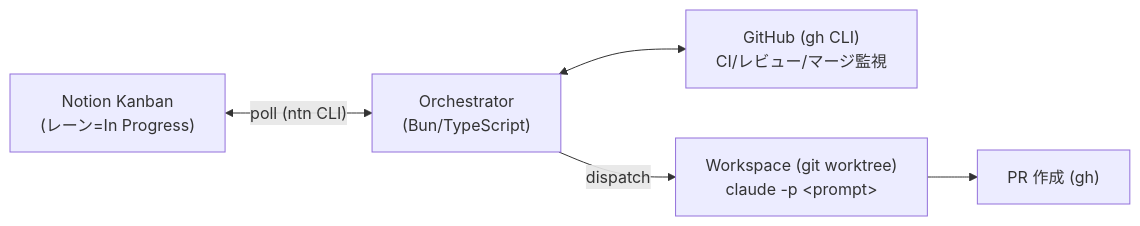
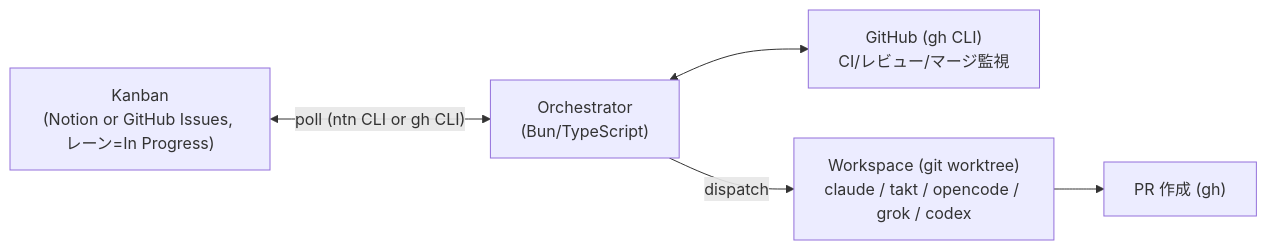
Before and after one commit to kterui9019/baton: the diagram in README.md, drawn with Mermaid. The commit also changed other lines of this file and 22 other files, not shown here.

First line of the commit message:
feat: add codex/grok/opencode agent adapters and GitHub kanban provider

````diff
--- a/README.md
+++ b/README.md
@@ -8,13 +8,13 @@
 ```mermaid
 flowchart LR
-    Kanban["Notion Kanban<br/>(レーン=In Progress)"]
+    Kanban["Kanban<br/>(Notion or GitHub Issues, レーン=In Progress)"]
     Orchestrator["Orchestrator<br/>(Bun/TypeScript)"]
     GitHub["GitHub (gh CLI)<br/>CI/レビュー/マージ監視"]
-    Workspace["Workspace (git worktree)<br/>claude -p &lt;prompt&gt;"]
+    Workspace["Workspace (git worktree)<br/>claude / takt / opencode / grok / codex"]
     PR["PR 作成 (gh)"]
 
-    Kanban <-- "poll (ntn CLI)" --> Orchestrator
+    Kanban <-- "poll (ntn CLI or gh CLI)" --> Orchestrator
     Orchestrator <--> GitHub
     Orchestrator -- dispatch --> Workspace
     Workspace --> PR
 ```
````
